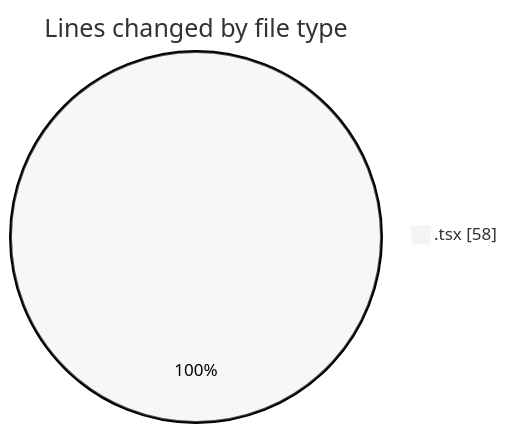
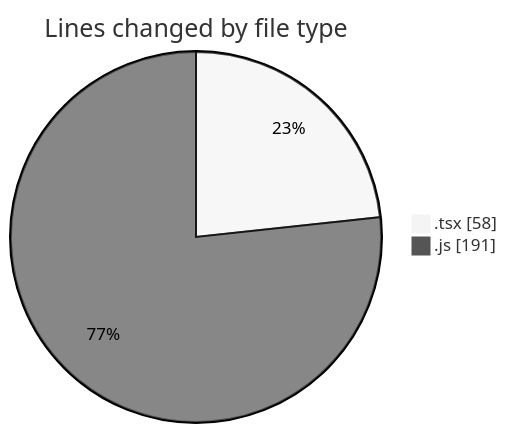
Before and after one commit to momahboobian/code-tracking: the first of 2 diagrams in 2025-03-07/cda/README.md, drawn with Mermaid (neutral theme). The commit also changed other lines of this file and 1 other file, not shown here.

````diff
--- a/2025-03-07/cda/README.md
+++ b/2025-03-07/cda/README.md
@@ -20,5 +21,6 @@
 ```mermaid
 pie showData
 title Lines changed by file type
 ".tsx" : 58
+".js" : 191
 ```
````
